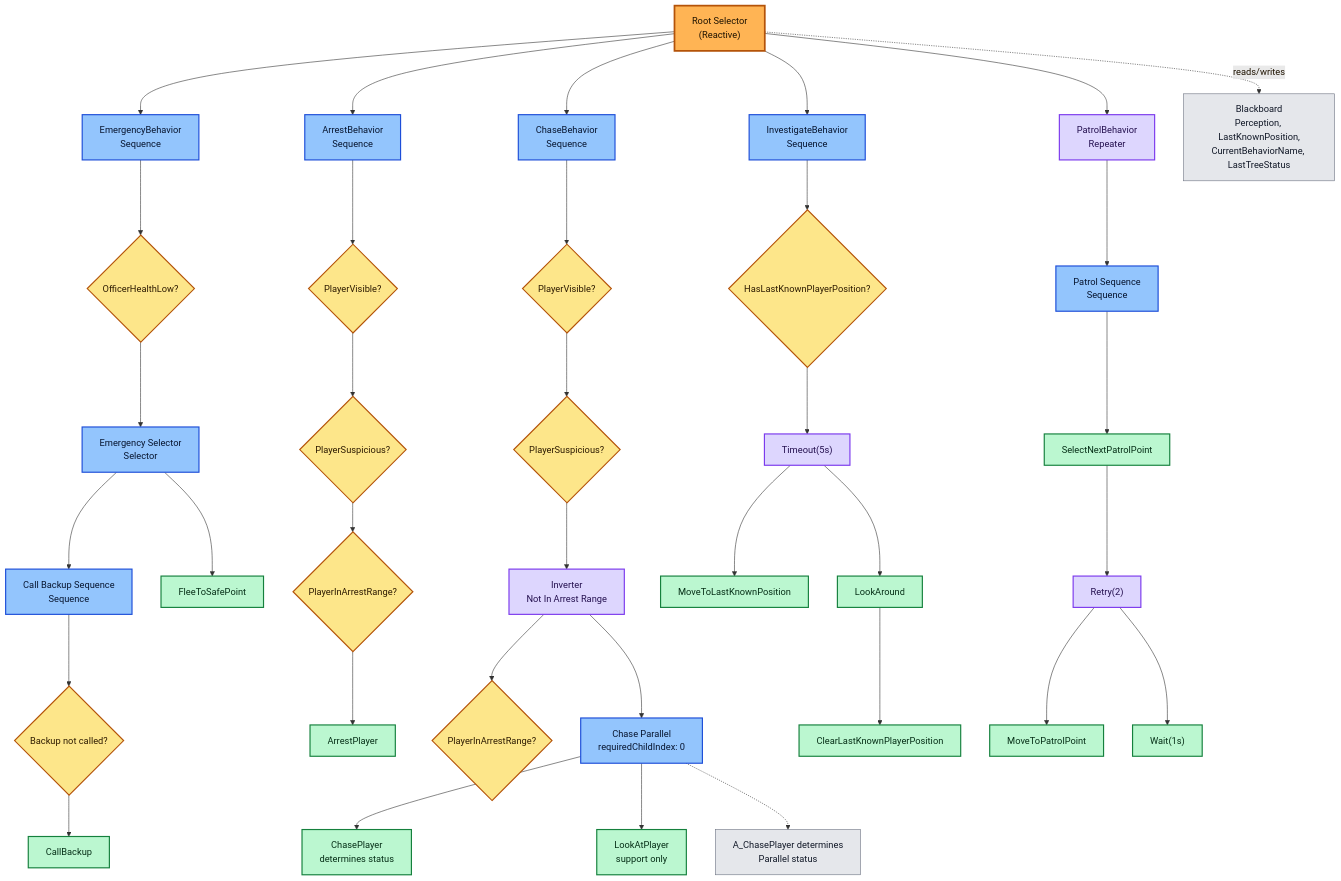
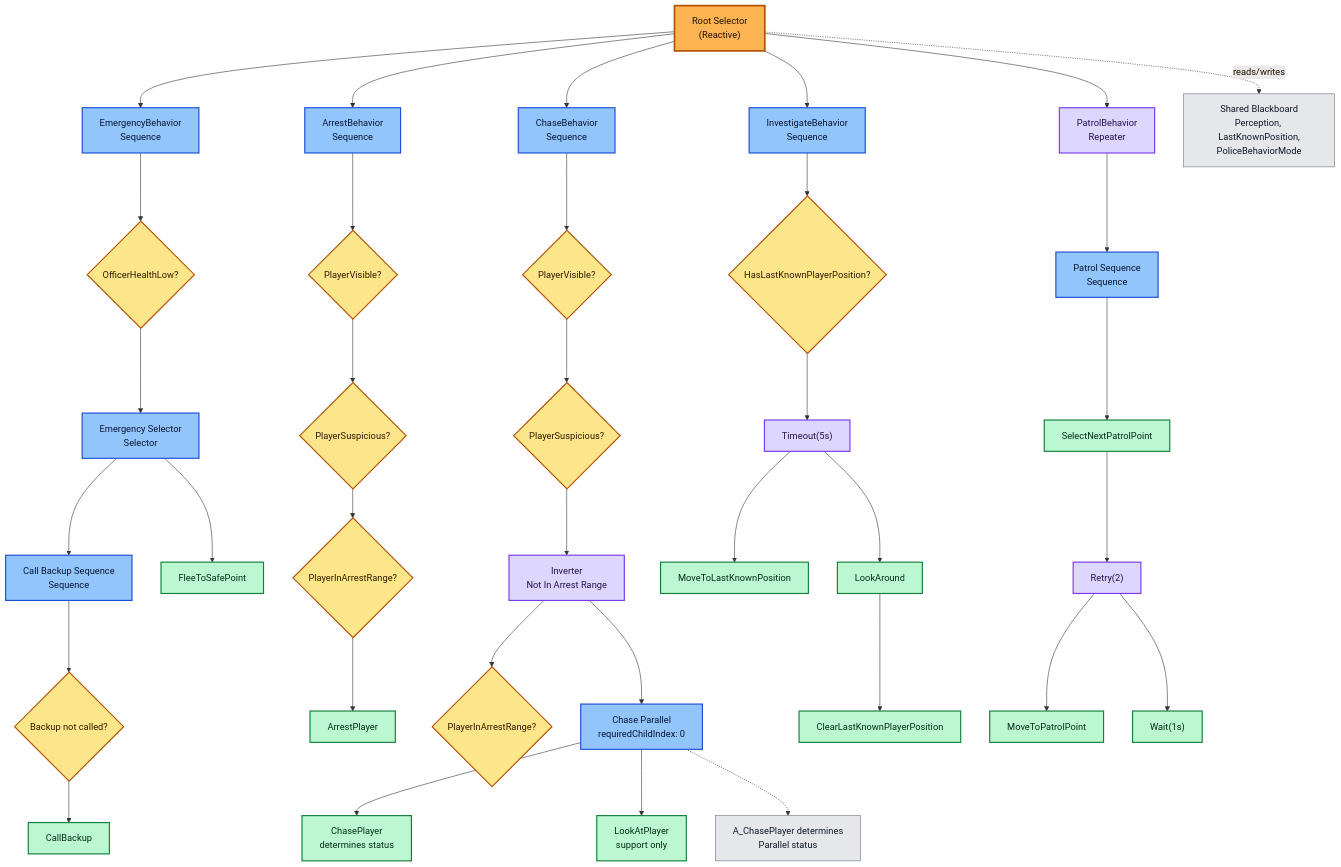
Before and after one commit to marvinmaerevoet/ss26_gamedevelopment_768036: the diagram in Assets/BehaviorTreeDemo/Docs/PoliceBehaviorTree.md, drawn with Mermaid. The commit also changed other lines of this file and 9 other files, not shown here.

````diff
--- a/Assets/BehaviorTreeDemo/Docs/PoliceBehaviorTree.md
+++ b/Assets/BehaviorTreeDemo/Docs/PoliceBehaviorTree.md
@@ -53,79 +53,79 @@
 ```mermaid
 flowchart TD
     root["Root Selector<br/>(Reactive)"]:::root
 
     emergency["EmergencyBehavior<br/>Sequence"]:::composite
     arrest["ArrestBehavior<br/>Sequence"]:::composite
     chase["ChaseBehavior<br/>Sequence"]:::composite
     investigate["InvestigateBehavior<br/>Sequence"]:::composite
     patrol["PatrolBehavior<br/>Repeater"]:::decorator
 
     root --> emergency
     root --> arrest
     root --> chase
     root --> investigate
     root --> patrol
 
     emergencyHealth{"OfficerHealthLow?"}:::condition
     emergencySelector["Emergency Selector<br/>Selector"]:::composite
     callBackupSequence["Call Backup Sequence<br/>Sequence"]:::composite
     notBackupCalled{"Backup not called?"}:::condition
     callBackup["CallBackup"]:::action
     fleeSafe["FleeToSafePoint"]:::action
 
     emergency --> emergencyHealth --> emergencySelector
     emergencySelector --> callBackupSequence
     emergencySelector --> fleeSafe
     callBackupSequence --> notBackupCalled --> callBackup
 
     arrestVisible{"PlayerVisible?"}:::condition
     arrestSuspicious{"PlayerSuspicious?"}:::condition
     arrestRange{"PlayerInArrestRange?"}:::condition
     arrestPlayer["ArrestPlayer"]:::action
 
     arrest --> arrestVisible --> arrestSuspicious --> arrestRange --> arrestPlayer
 
     chaseVisible{"PlayerVisible?"}:::condition
     chaseSuspicious{"PlayerSuspicious?"}:::condition
     notArrestRange["Inverter<br/>Not In Arrest Range"]:::decorator
     chaseRange{"PlayerInArrestRange?"}:::condition
     chaseParallel["Chase Parallel<br/>requiredChildIndex: 0"]:::composite
     chasePlayer["ChasePlayer<br/>determines status"]:::action
     lookAtPlayer["LookAtPlayer<br/>support only"]:::action
     chaseNote["A_ChasePlayer determines<br/>Parallel status"]:::note
 
     chase --> chaseVisible --> chaseSuspicious --> notArrestRange --> chaseRange
     notArrestRange --> chaseParallel
     chaseParallel --> chasePlayer
     chaseParallel --> lookAtPlayer
     chaseParallel -.-> chaseNote
 
     hasLastKnown{"HasLastKnownPlayerPosition?"}:::condition
     timeout["Timeout(5s)"]:::decorator
     moveLastKnown["MoveToLastKnownPosition"]:::action
     lookAround["LookAround"]:::action
     clearLastKnown["ClearLastKnownPlayerPosition"]:::action
 
     investigate --> hasLastKnown --> timeout --> moveLastKnown
     timeout --> lookAround --> clearLastKnown
 
     patrolSequence["Patrol Sequence<br/>Sequence"]:::composite
     selectPatrol["SelectNextPatrolPoint"]:::action
     retryPatrol["Retry(2)"]:::decorator
     movePatrol["MoveToPatrolPoint"]:::action
     patrolWait["Wait(1s)"]:::action
 
     patrol --> patrolSequence
     patrolSequence --> selectPatrol --> retryPatrol --> movePatrol
     retryPatrol --> patrolWait
 
-    blackboard["Blackboard<br/>Perception, LastKnownPosition,<br/>CurrentBehaviorName, LastTreeStatus"]:::note
+    blackboard["Shared Blackboard<br/>Perception, LastKnownPosition,<br/>PoliceBehaviorMode"]:::note
     root -. reads/writes .-> blackboard
 
     classDef root fill:#ffb454,stroke:#b45309,stroke-width:3px,color:#1f1300;
     classDef composite fill:#93c5fd,stroke:#1d4ed8,stroke-width:2px,color:#07152f;
     classDef condition fill:#fde68a,stroke:#b45309,stroke-width:2px,color:#2d1b00;
     classDef action fill:#bbf7d0,stroke:#15803d,stroke-width:2px,color:#052e16;
     classDef decorator fill:#ddd6fe,stroke:#7c3aed,stroke-width:2px,color:#24104f;
     classDef note fill:#e5e7eb,stroke:#6b7280,stroke-width:1px,color:#111827;
 ```
````
